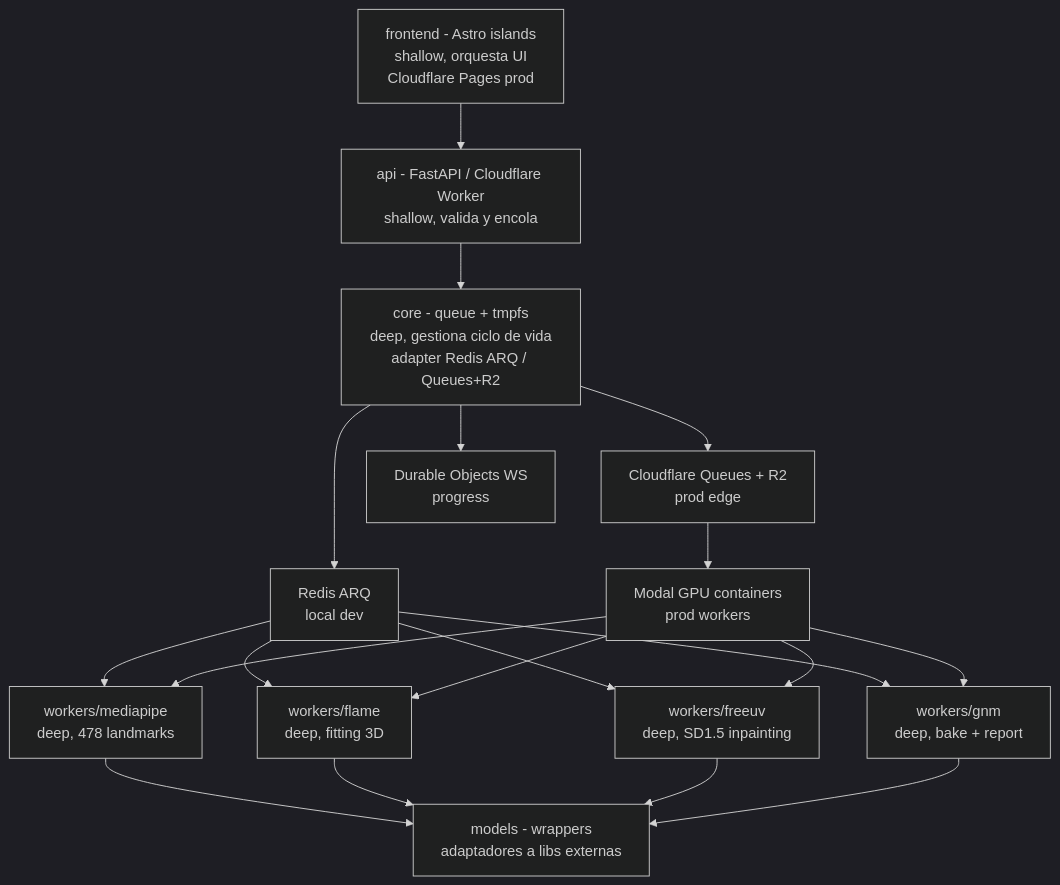
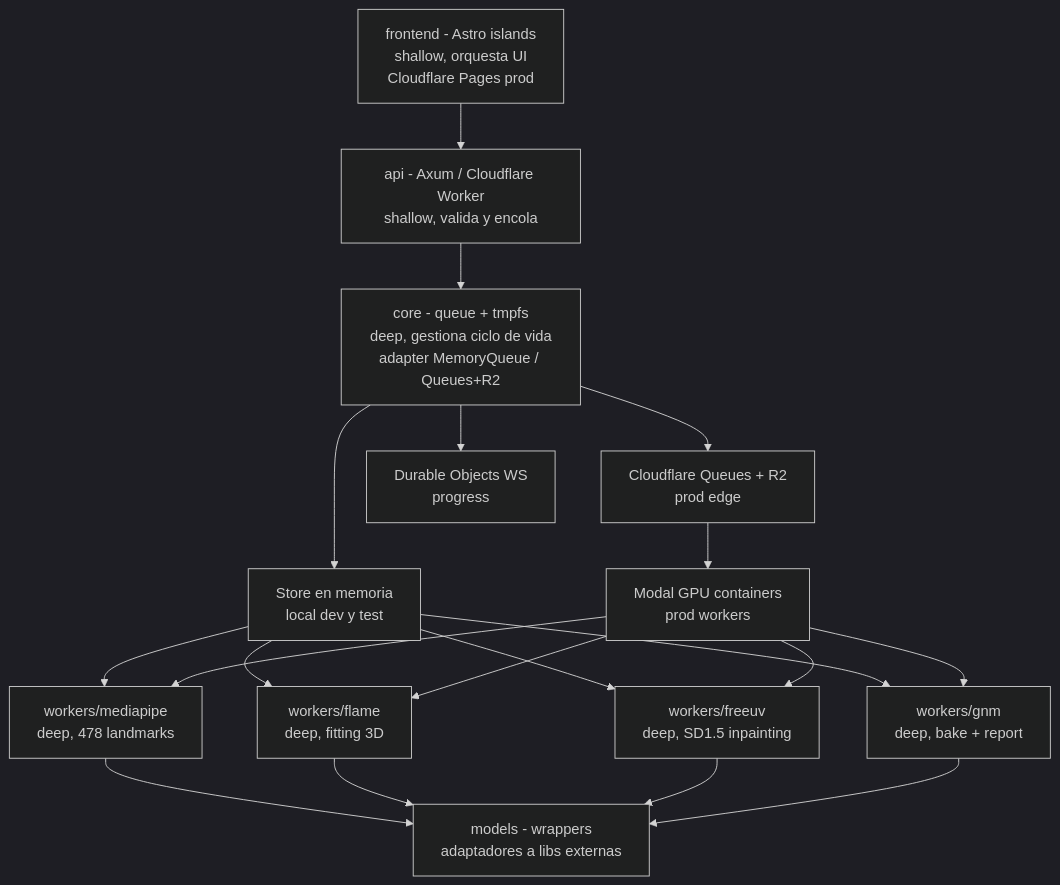
One commit to dinoesau/vultus changed the first of 2 diagrams in ARCHITECTURE.md. Above: the diagram before and after it, drawn with Mermaid (dark theme). The commit also changed other lines of this file and 5 other files, not shown here.

````diff
--- a/ARCHITECTURE.md
+++ b/ARCHITECTURE.md
@@ -50,25 +50,25 @@
 ```mermaid
 graph TD
     FE[frontend - Astro islands<br/>shallow, orquesta UI<br/>Cloudflare Pages prod]
-    API[api - FastAPI / Cloudflare Worker<br/>shallow, valida y encola]
-    CORE[core - queue + tmpfs<br/>deep, gestiona ciclo de vida<br/>adapter Redis ARQ / Queues+R2]
+    API[api - Axum / Cloudflare Worker<br/>shallow, valida y encola]
+    CORE[core - queue + tmpfs<br/>deep, gestiona ciclo de vida<br/>adapter MemoryQueue / Queues+R2]
     CFQ[Cloudflare Queues + R2<br/>prod edge]
-    REDIS[Redis ARQ<br/>local dev]
+    LOCAL[Store en memoria<br/>local dev y test]
     MO[Modal GPU containers<br/>prod workers]
     W1[workers/mediapipe<br/>deep, 478 landmarks]
     W2[workers/flame<br/>deep, fitting 3D]
     W3[workers/freeuv<br/>deep, SD1.5 inpainting]
     W4[workers/gnm<br/>deep, bake + report]
     MODELS[models - wrappers<br/>adaptadores a libs externas]
     DO[Durable Objects WS<br/>progress]
 
     FE --> API
     API --> CORE
     CORE --> CFQ
-    CORE --> REDIS
+    CORE --> LOCAL
     CORE --> DO
     CFQ --> MO
-    REDIS --> W1 & W2 & W3 & W4
+    LOCAL --> W1 & W2 & W3 & W4
     MO --> W1 & W2 & W3 & W4
     W1 & W2 & W3 & W4 --> MODELS
 ```
````
